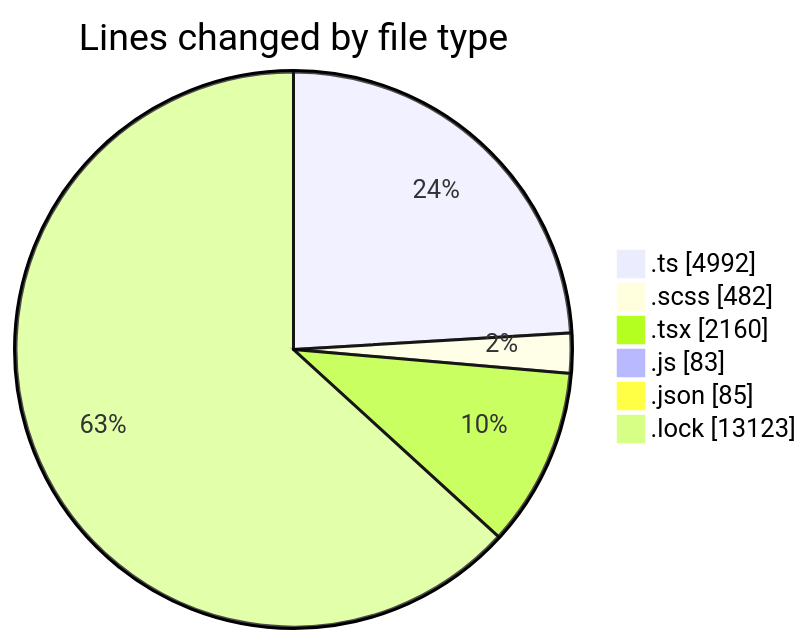
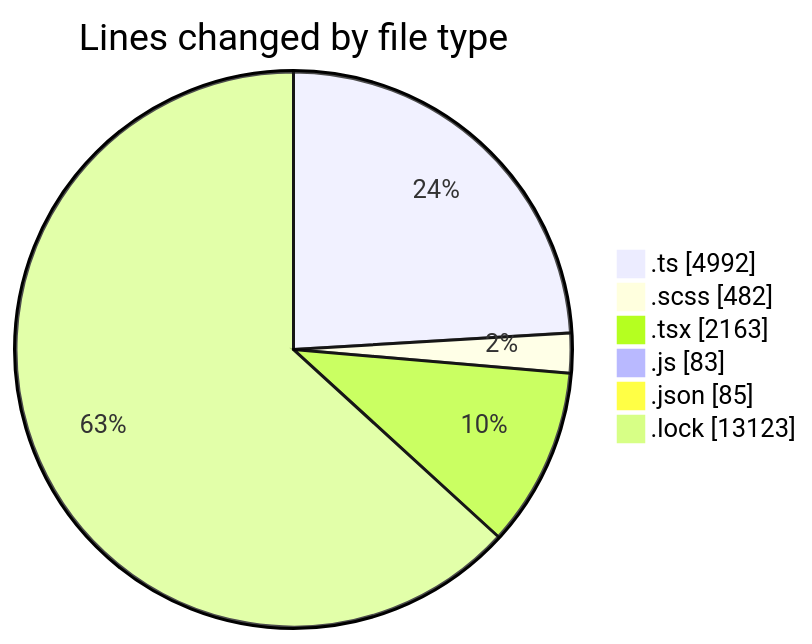
Before and after one commit to momahboobian/code-tracking: the first of 2 diagrams in 2025-09-12/cda/README.md, drawn with Mermaid. The commit also changed other lines of this file and 1 other file, not shown here.

````diff
--- a/2025-09-12/cda/README.md
+++ b/2025-09-12/cda/README.md
@@ -34,10 +34,10 @@
 ```mermaid
 pie showData
 title Lines changed by file type
 ".ts" : 4992
 ".scss" : 482
-".tsx" : 2160
+".tsx" : 2163
 ".js" : 83
 ".json" : 85
 ".lock" : 13123
 ```
````
